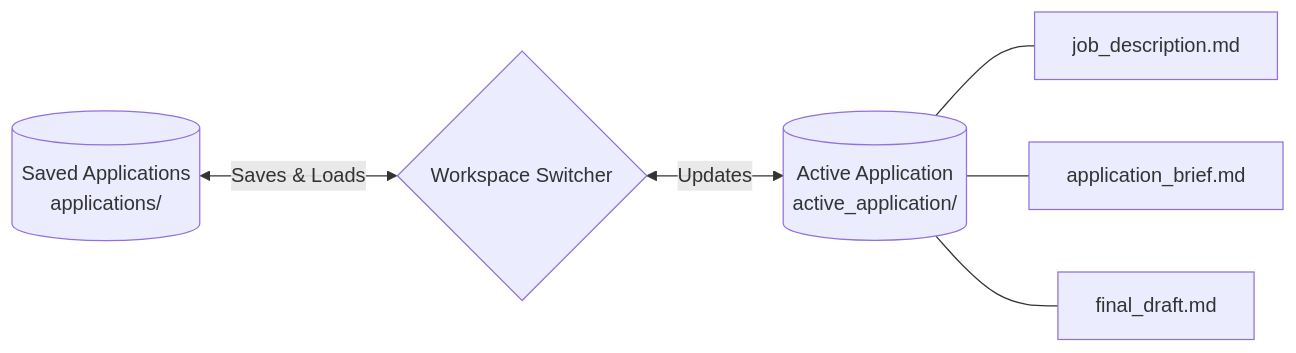
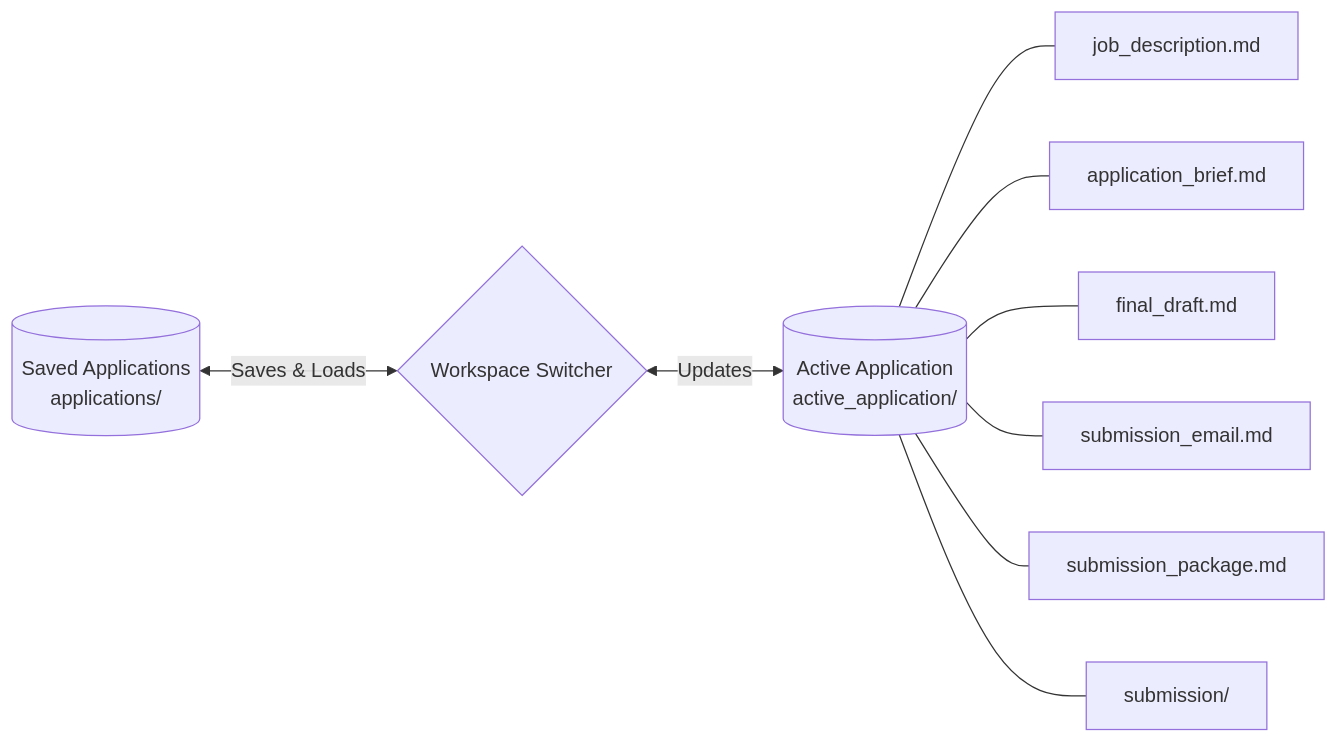
One commit to Fandy-ust/cover-letter-assistant changed the second of 2 diagrams in README.md. Above: the diagram before and after it, drawn with Mermaid. The commit also changed other lines of this file, not shown here.

First line of the commit message:
Update README with submission pipeline and output workflow.

````diff
--- a/README.md
+++ b/README.md
@@ -107,9 +115,12 @@
 ```mermaid
 flowchart LR
     Saved[("Saved Applications<br>applications/")] <-->|"Saves & Loads"| Switcher{Workspace Switcher}
     Switcher <-->|"Updates"| Active[("Active Application<br>active_application/")]
     
     Active --- JD[job_description.md]
     Active --- Brief[application_brief.md]
     Active --- Draft[final_draft.md]
+    Active --- EmailDraft[submission_email.md]
+    Active --- Package[submission_package.md]
+    Active --- SubmissionDir[submission/]
 ```
````
